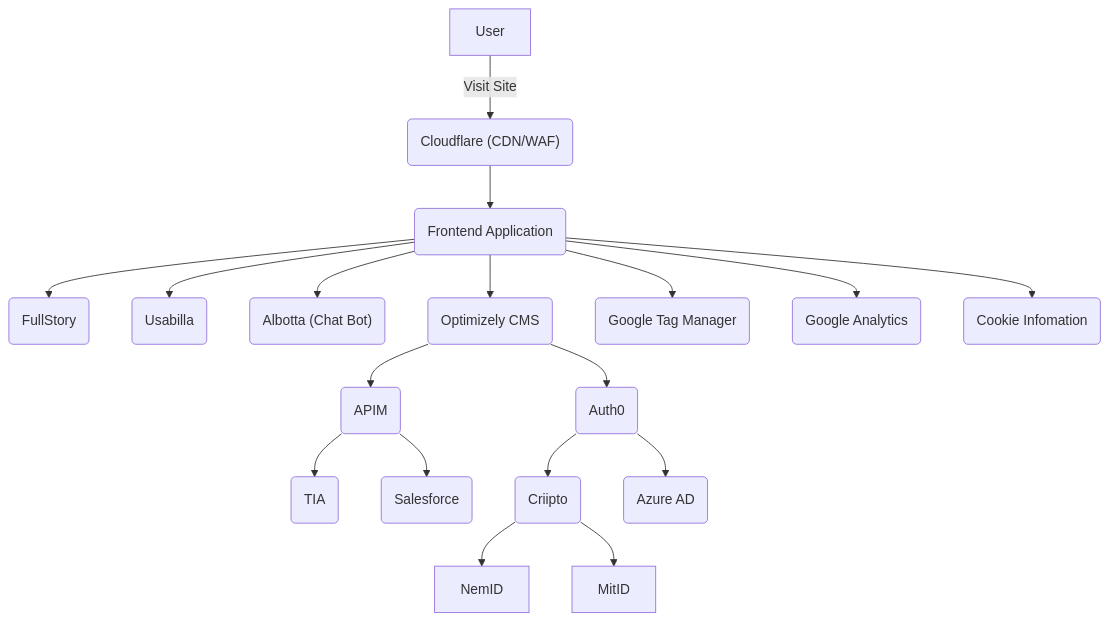
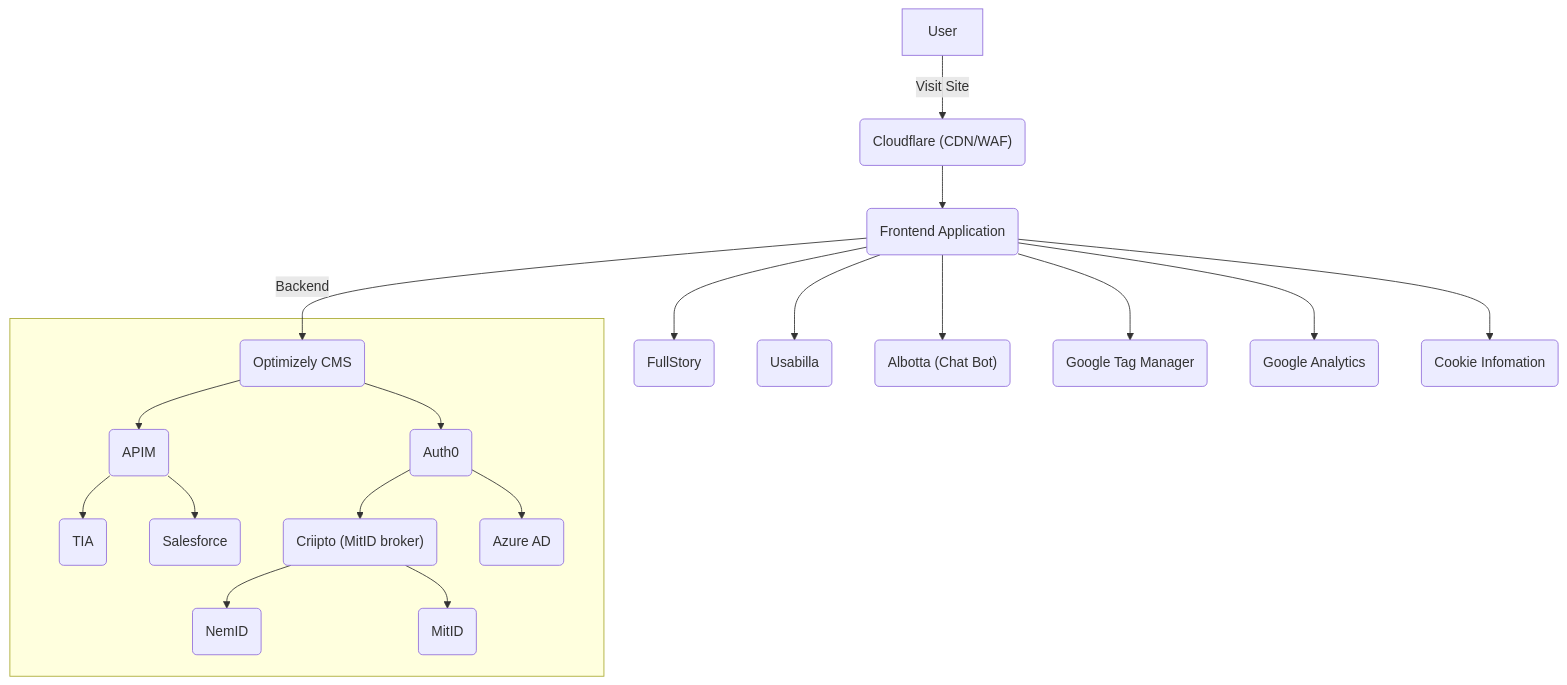
The diagram in README.md (Hangsolow/diagrams), drawn with Mermaid before and after one commit.

Commit message:
test subgraph

````diff
--- a/README.md
+++ b/README.md
@@ -2,25 +2,27 @@
 ```mermaid
 graph TD
     User[User] -->|Visit Site| CDN("Cloudflare (CDN/WAF)")
     CDN --> Frontend(Frontend Application)
     
     Frontend --> FullStory(FullStory)
     Frontend --> Usabilla(Usabilla)
     Frontend --> Albotta("Albotta (Chat Bot)")
-    Frontend --> CMS(Optimizely CMS)
+    Frontend -- Backend --> CMS(Optimizely CMS)
     Frontend --> GTM(Google Tag Manager)
     Frontend --> GA("Google Analytics")
     Frontend --> CookieInfomation(Cookie Infomation)
     
+    subgraph Backend[" "]
     CMS --> APIM(APIM)
     CMS --> Auth0(Auth0)
 
     APIM --> TIA(TIA)
     APIM --> SF(Salesforce)
     
-    Auth0 --> Criipto("Criipto")
+    Auth0 --> Criipto("Criipto (MitID broker)")
     Auth0 --> AAD(Azure AD)
 
-    Criipto --> NemID
-    Criipto --> MitID
+    Criipto --> NemID(NemID)
+    Criipto --> MitID(MitID)
+    end
 ```
````
